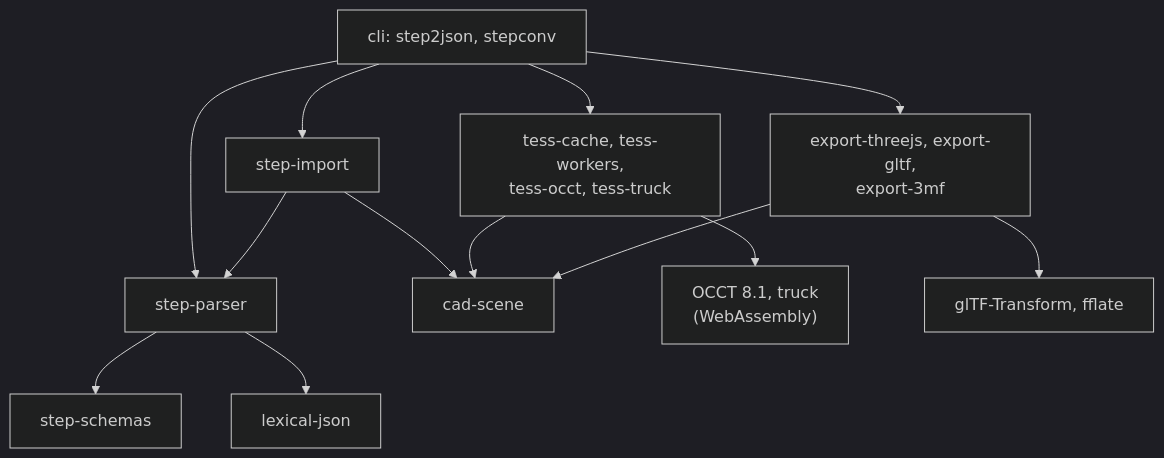
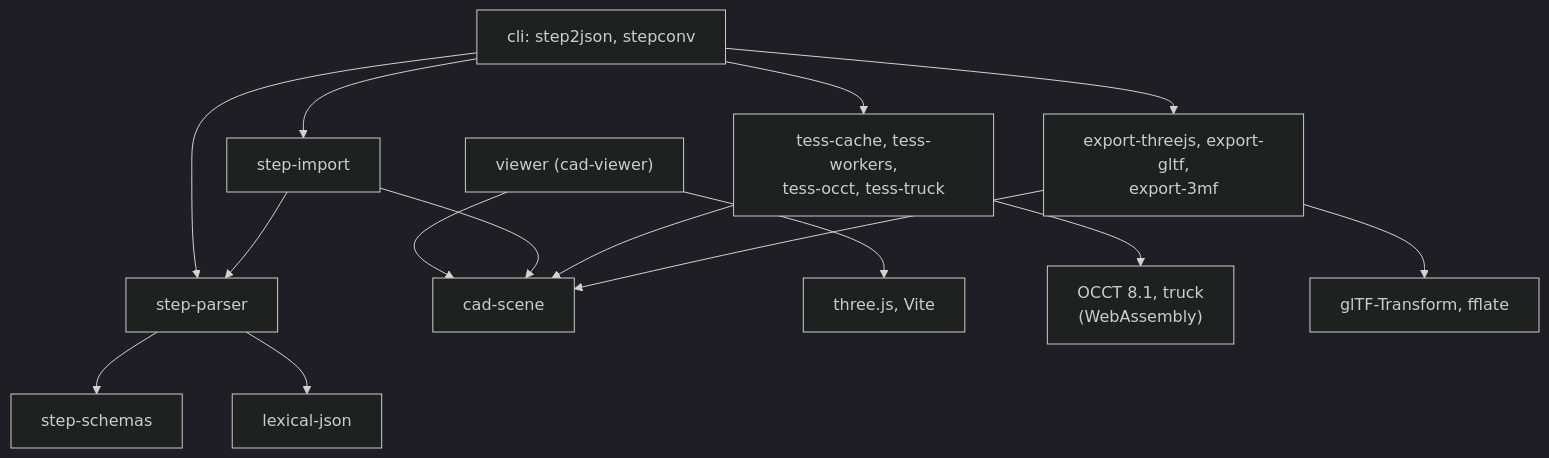
The first of 5 diagrams in README.md (martyvona/cad-io-js), drawn with Mermaid (dark theme) before and after one commit. The commit also changed other lines of this file and 22 other files, not shown here.

First line of the commit message:
Viewer phase 1: Vite app, cad-viewer CLI, three.js loaders, camera

````diff
--- a/README.md
+++ b/README.md
@@ -298,19 +339,22 @@
 ```mermaid
 flowchart TD
   cli["cli: step2json, stepconv"]
   imp["step-import"]
   parser["step-parser"]
   schemas["step-schemas"]
   ljson["lexical-json"]
   tess["tess-cache, tess-workers,<br/>tess-occt, tess-truck"]
   exp["export-threejs, export-gltf,<br/>export-3mf"]
   scene["cad-scene"]
+  viewer["viewer (cad-viewer)"]
   cli --> imp & tess & exp
+  viewer --> scene
+  viewer --> three["three.js, Vite"]
   cli --> parser
   imp --> parser & scene
   parser --> schemas & ljson
   tess --> scene
   exp --> scene
   tess --> wasm["OCCT 8.1, truck<br/>(WebAssembly)"]
   exp --> libs["glTF-Transform, fflate"]
 ```
````
